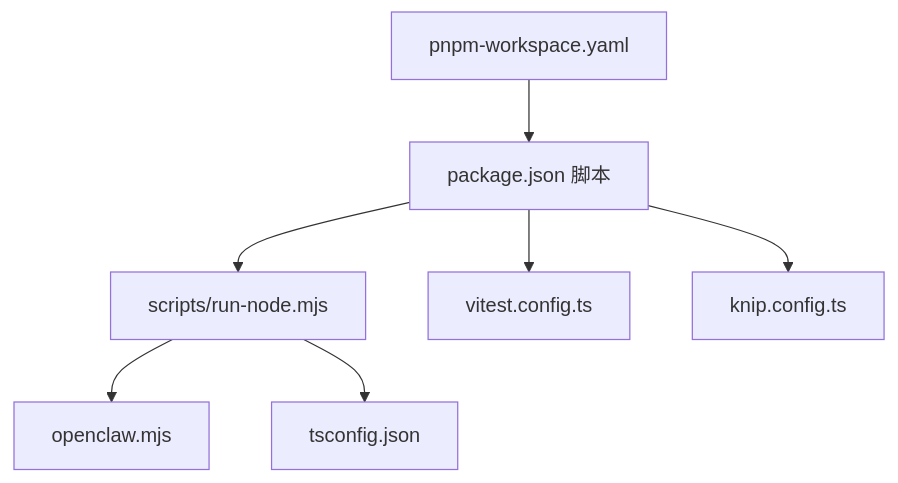
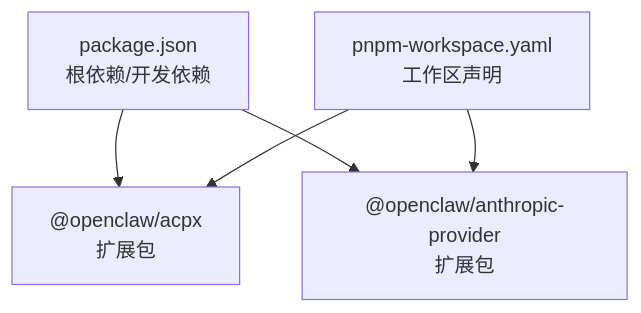
The third of 3 diagrams in repowiki/zh/content/开发者指南/开发环境搭建.md (botx-work/OpenClaw-Internals), drawn with Mermaid before and after one commit. The commit also changed other lines of this file and 542 other files, not shown here.

````diff
--- a/repowiki/zh/content/开发者指南/开发环境搭建.md
+++ b/repowiki/zh/content/开发者指南/开发环境搭建.md
@@ -266,16 +237,11 @@
 ```mermaid
 graph TB
-P["package.json 脚本"]
-RN["scripts/run-node.mjs"]
-OC["openclaw.mjs"]
-TS["tsconfig.json"]
-VT["vitest.config.ts"]
-KN["knip.config.ts"]
-WS["pnpm-workspace.yaml"]
-P --> RN
-RN --> OC
-RN --> TS
-P --> VT
-P --> KN
-WS --> P
+P["package.json<br/>根依赖/开发依赖"]
+W["pnpm-workspace.yaml<br/>工作区声明"]
+E1["@openclaw/acpx<br/>扩展包"]
+E2["@openclaw/anthropic-provider<br/>扩展包"]
+P --> E1
+P --> E2
+W --> E1
+W --> E2
 ```
````
